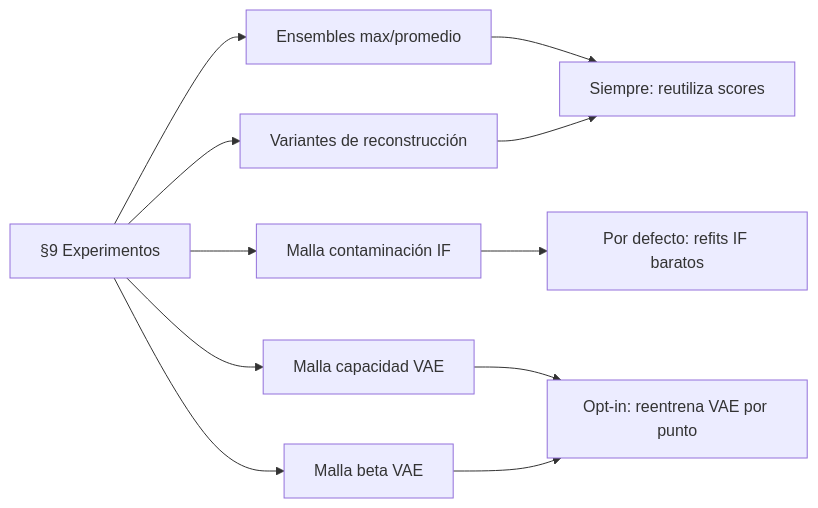
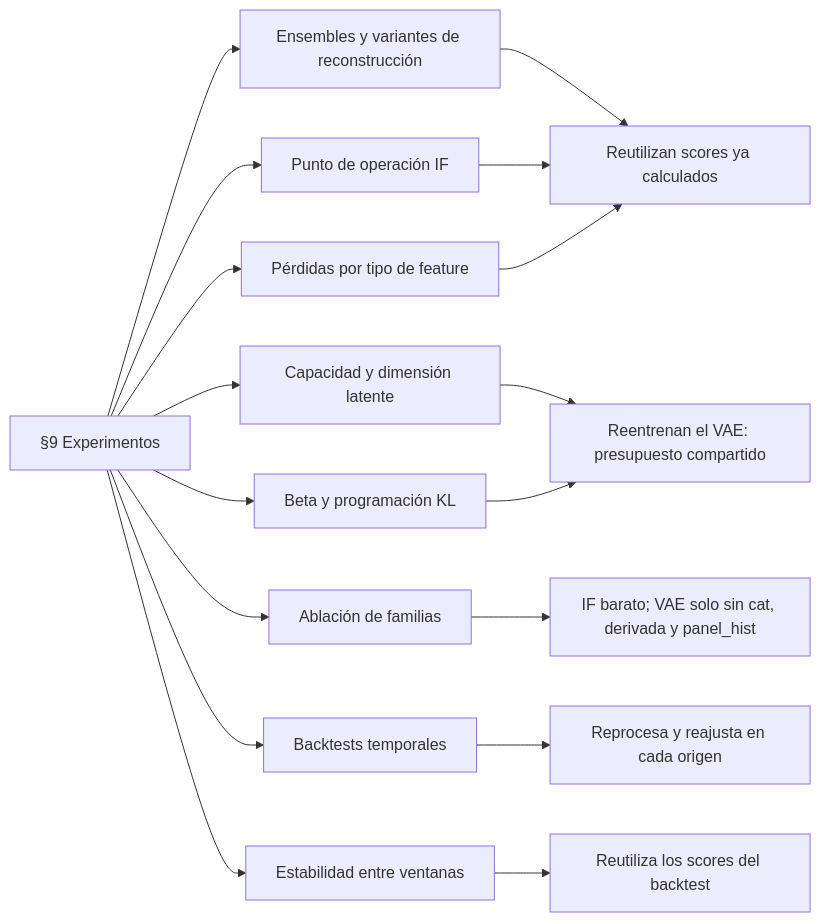
One commit to Mirloct/MV_v1 changed the fourth of 4 diagrams in docs/guia_practica.md. Above: the diagram before and after it, drawn with Mermaid. The commit also changed other lines of this file and 65 other files, not shown here.

````diff
--- a/docs/guia_practica.md
+++ b/docs/guia_practica.md
@@ -186,13 +222,19 @@
 ```mermaid
 flowchart LR
-    A[§9 Experimentos] --> B[Ensembles max/promedio]
-    A --> C[Variantes de reconstrucción]
-    A --> D[Malla contaminación IF]
-    A --> E[Malla capacidad VAE]
-    A --> F[Malla beta VAE]
-    B --> G[Siempre: reutiliza scores]
-    C --> G
-    D --> H[Por defecto: refits IF baratos]
-    E --> I[Opt-in: reentrena VAE por punto]
-    F --> I
+    A[§9 Experimentos] --> B[Ensembles y variantes de reconstrucción]
+    A --> C[Punto de operación IF]
+    A --> D[Capacidad y dimensión latente]
+    A --> E[Beta y programación KL]
+    A --> F[Pérdidas por tipo de feature]
+    A --> G[Ablación de familias]
+    A --> H[Backtests temporales]
+    A --> I[Estabilidad entre ventanas]
+    B --> J[Reutilizan scores ya calculados]
+    C --> J
+    F --> J
+    D --> K[Reentrenan el VAE: presupuesto compartido]
+    E --> K
+    G --> L[IF barato; VAE solo sin cat, derivada y panel_hist]
+    H --> M[Reprocesa y reajusta en cada origen]
+    I --> N[Reutiliza los scores del backtest]
 ```
````
